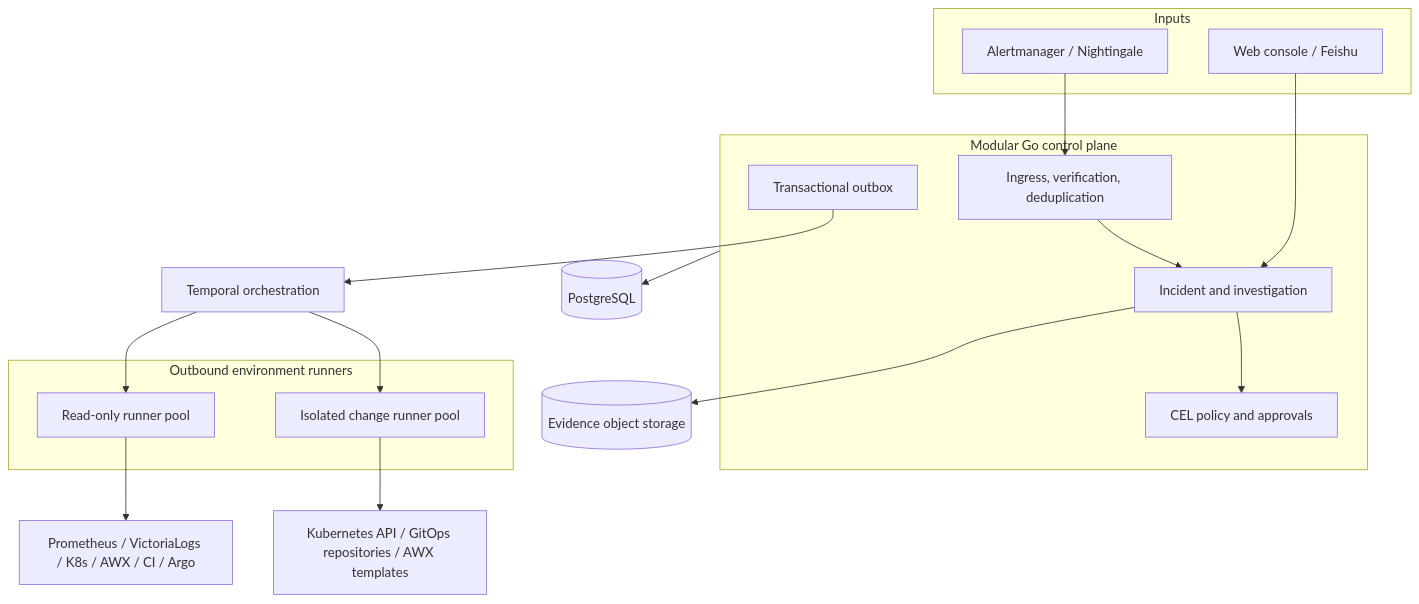
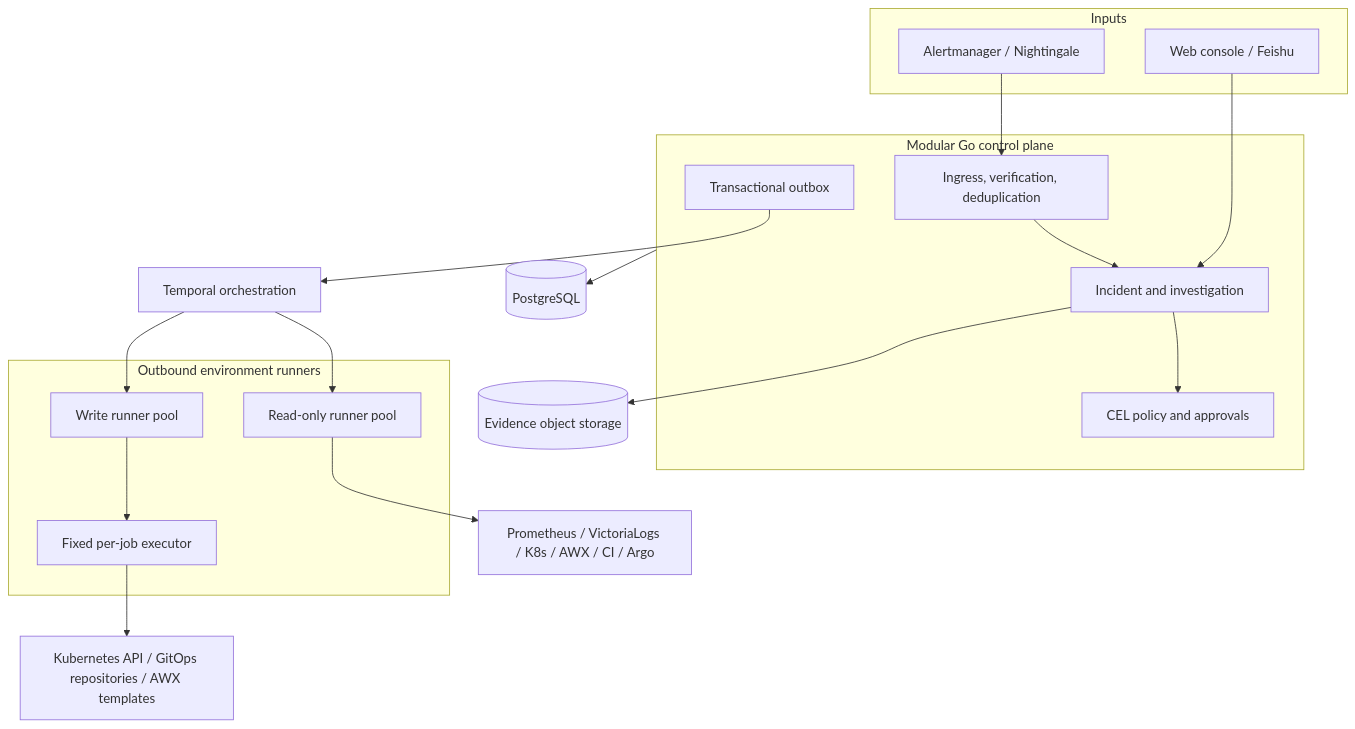
Before and after one commit to seaworld008/aiops-system: the first of 2 diagrams in docs/architecture/overview.md, drawn with Mermaid. The commit also changed other lines of this file and 64 other files, not shown here.

First line of the commit message:
feat: add grant-bound isolated runner runtime (#6)

````diff
--- a/docs/architecture/overview.md
+++ b/docs/architecture/overview.md
@@ -7,38 +7,40 @@
 ```mermaid
 flowchart TB
     subgraph Inputs
         ALERTS["Alertmanager / Nightingale"]
         WEB["Web console / Feishu"]
     end
 
     subgraph ControlPlane["Modular Go control plane"]
         INGEST["Ingress, verification, deduplication"]
         INCIDENT["Incident and investigation"]
         POLICY["CEL policy and approvals"]
         OUTBOX["Transactional outbox"]
     end
 
     PG[(PostgreSQL)]
     OBJ[(Evidence object storage)]
     TEMPORAL["Temporal orchestration"]
 
     subgraph Runners["Outbound environment runners"]
         READ["Read-only runner pool"]
-        WRITE["Isolated change runner pool"]
+        WRITE["Write runner pool"]
+        EXEC["Fixed per-job executor"]
     end
 
     SOURCES["Prometheus / VictoriaLogs / K8s / AWX / CI / Argo"]
     TARGETS["Kubernetes API / GitOps repositories / AWX templates"]
 
     ALERTS --> INGEST
     WEB --> INCIDENT
     INGEST --> INCIDENT
     INCIDENT --> POLICY
     ControlPlane --> PG
     INCIDENT --> OBJ
     OUTBOX --> TEMPORAL
     TEMPORAL --> READ
     TEMPORAL --> WRITE
     READ --> SOURCES
-    WRITE --> TARGETS
+    WRITE --> EXEC
+    EXEC --> TARGETS
 ```
````
